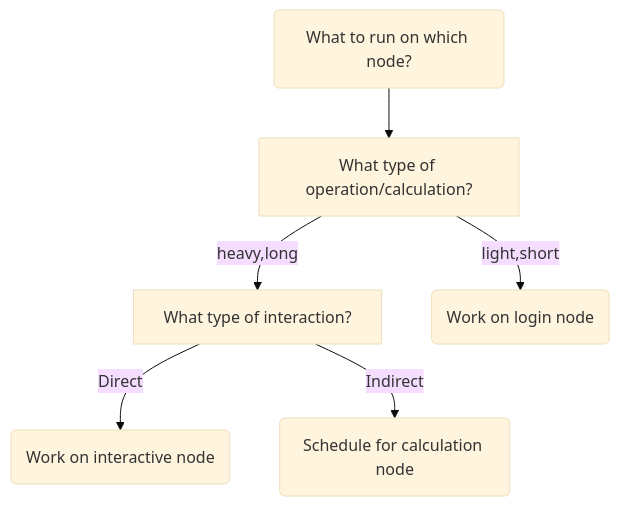
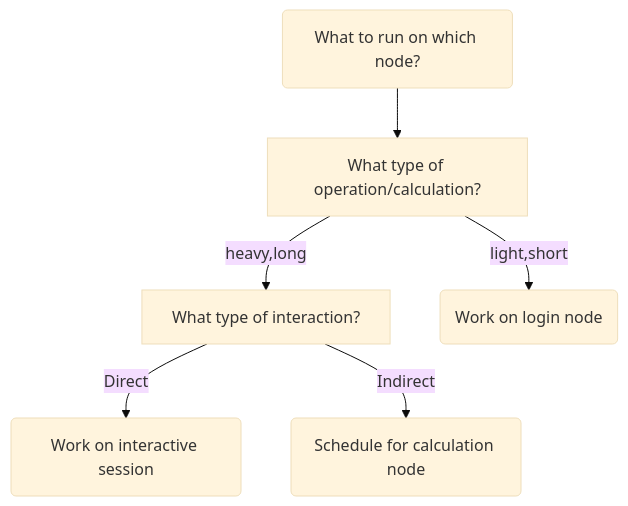
The diagram in docs/cluster_guides/start_interactive_node.md (UPPMAX/UPPMAX-documentation), drawn with Mermaid (base theme) before and after one commit. The commit also changed other lines of this file and 22 other files, not shown here.

Commit message:
Use 'interactive session', #155

````diff
--- a/docs/cluster_guides/start_interactive_node.md
+++ b/docs/cluster_guides/start_interactive_node.md
@@ -86,15 +86,15 @@
 ```mermaid
 flowchart TD
     UPPMAX(What to run on which node?)
     operation_type[What type of operation/calculation?]
     interaction_type[What type of interaction?]
     login_node(Work on login node)
-    interactive_node(Work on interactive node)
+    interactive_node(Work on interactive session)
     calculation_node(Schedule for calculation node)
 
     UPPMAX-->operation_type
     operation_type-->|light,short|login_node
     operation_type-->|heavy,long|interaction_type
     interaction_type-->|Direct|interactive_node
     interaction_type-->|Indirect|calculation_node
 ```
````
